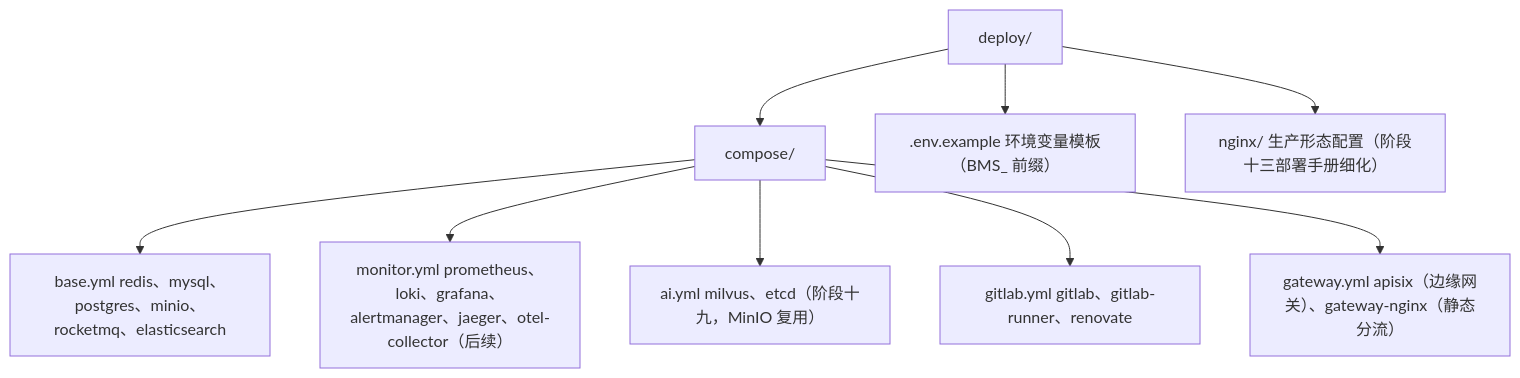
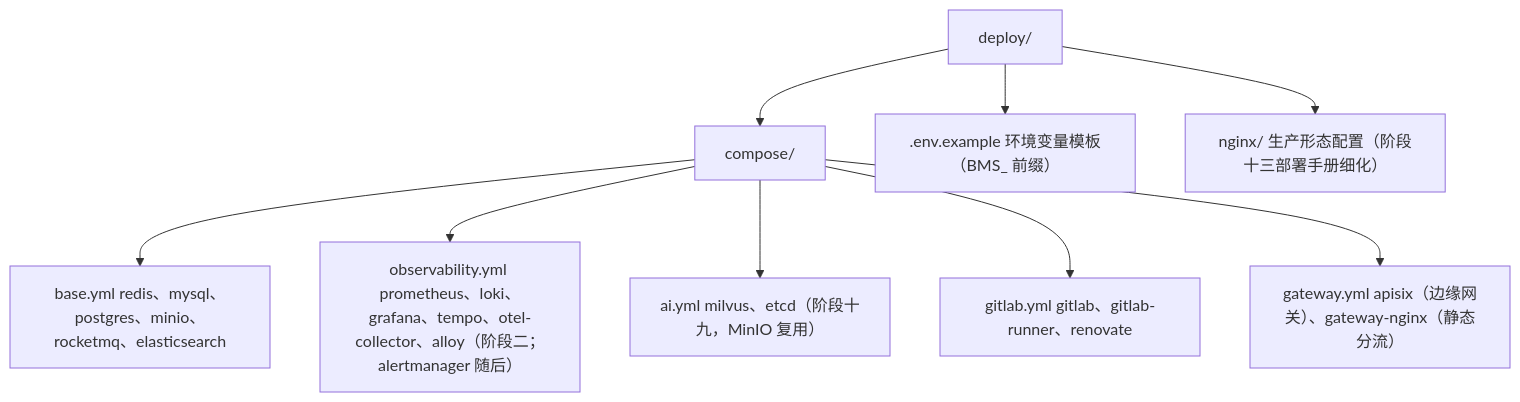
Before and after one commit to minjian123/basic-management-system: the diagram in bms文档/规划/开发部署规划.md, drawn with Mermaid. The commit also changed other lines of this file and 13 other files, not shown here.

````diff
--- a/bms文档/规划/开发部署规划.md
+++ b/bms文档/规划/开发部署规划.md
@@ -141,11 +141,11 @@
 ```mermaid
 graph TD
     A["deploy/"] --> B["compose/"]
     B --> B1["base.yml redis、mysql、postgres、minio、rocketmq、elasticsearch"]
-    B --> B2["monitor.yml prometheus、loki、grafana、alertmanager、jaeger、otel-collector（后续）"]
+    B --> B2["observability.yml prometheus、loki、grafana、tempo、otel-collector、alloy（阶段二；alertmanager 随后）"]
     B --> B3["ai.yml milvus、etcd（阶段十九，MinIO 复用）"]
     B --> B4["gitlab.yml gitlab、gitlab-runner、renovate"]
     B --> B5["gateway.yml apisix（边缘网关）、gateway-nginx（静态分流）"]
     A --> C[".env.example 环境变量模板（BMS_ 前缀）"]
     A --> D["nginx/ 生产形态配置（阶段十三部署手册细化）"]
 ```
````
